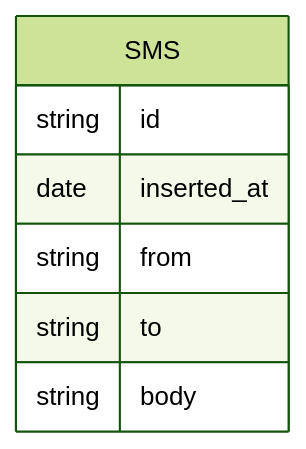
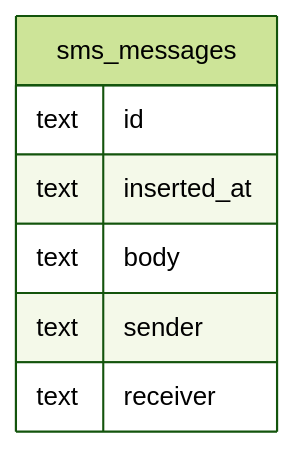
The fourth of 4 diagrams in README.md (jettandres/sms-center), drawn with Mermaid (forest theme) before and after one commit. The commit also changed other lines of this file and 1 other file, not shown here.

Commit message:
Update db design columns and types
Adhere to sqlite types and replaced reserved keywords like FROM

````diff
--- a/README.md
+++ b/README.md
@@ -160,10 +164,10 @@
 ```mermaid
 erDiagram
-SMS {
-  string id
-  date inserted_at
-  string from
-  string to
-  string body
+sms_messages {
+  text id
+  text inserted_at
+  text body
+  text sender
+  text receiver
 }
 ```
````
